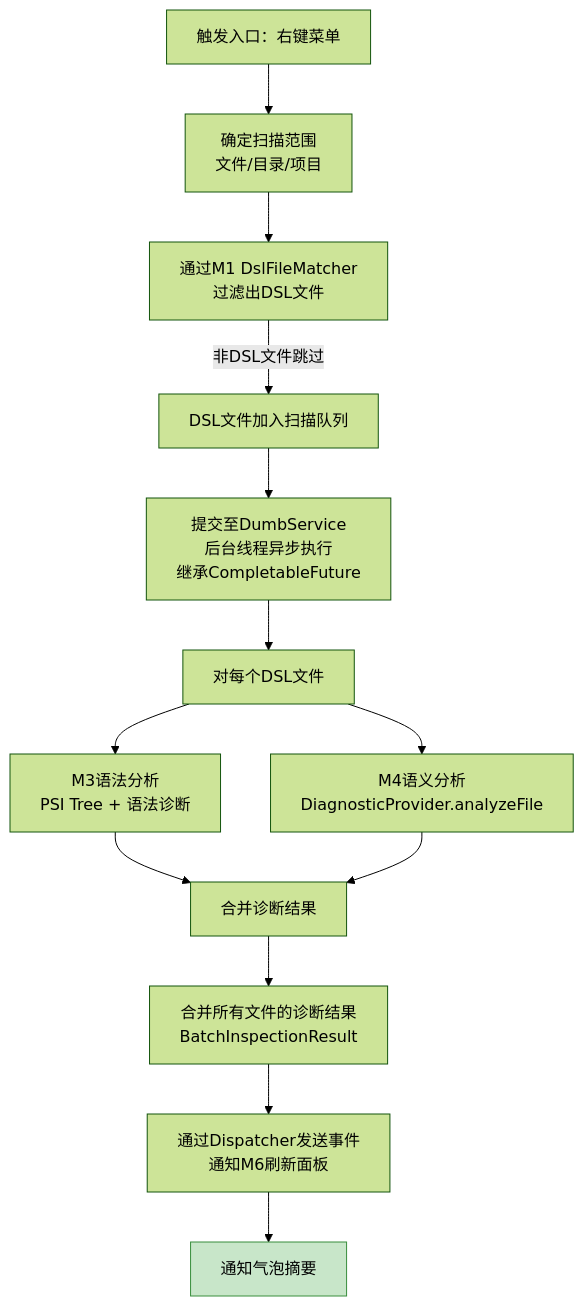
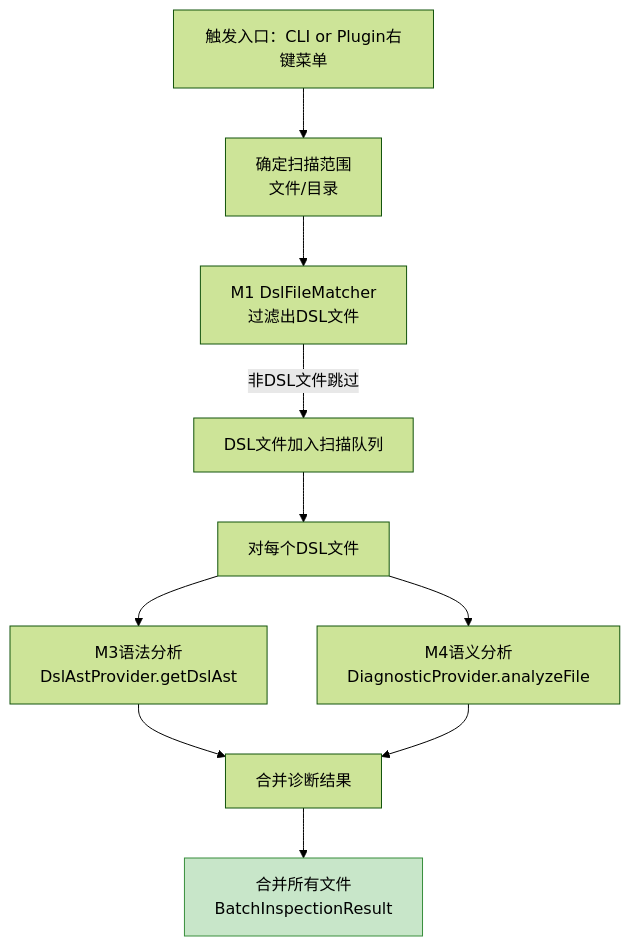
One commit to araragi-koyomin/theme-engine-dsl-static-analyzer changed the diagram in docs/architecture/M7-BatchInspection.md. Above: the diagram before and after it, drawn with Mermaid (forest theme). The commit also changed other lines of this file, not shown here.

Commit message:
docs: refactor M7-BatchInspection.md with String interface, CLI entry point, 3 output formats

````diff
--- a/docs/architecture/M7-BatchInspection.md
+++ b/docs/architecture/M7-BatchInspection.md
@@ -33,17 +37,14 @@
 ```mermaid
 flowchart TD
-    Trigger[触发入口：右键菜单] --> Scope[确定扫描范围<br/>文件/目录/项目]
-    Scope --> Filter[通过M1 DslFileMatcher<br/>过滤出DSL文件]
+    Trigger[触发入口：CLI or Plugin右键菜单] --> Scope[确定扫描范围<br/>文件/目录]
+    Scope --> Filter[M1 DslFileMatcher<br/>过滤出DSL文件]
     Filter --> |非DSL文件跳过| Queue[DSL文件加入扫描队列]
-    Queue --> Async[提交至DumbService<br/>后台线程异步执行<br/>继承CompletableFuture]
-    Async --> PerFile[对每个DSL文件]
-    PerFile --> M3Run[M3语法分析<br/>PSI Tree + 语法诊断]
+    Queue --> PerFile[对每个DSL文件]
+    PerFile --> M3Run[M3语法分析<br/>DslAstProvider.getDslAst]
     PerFile --> M4Run[M4语义分析<br/>DiagnosticProvider.analyzeFile]
     M3Run --> MergePer[合并诊断结果]
     M4Run --> MergePer
-    MergePer --> MergeAll[合并所有文件的诊断结果<br/>BatchInspectionResult]
-    MergeAll --> Dispatcher[通过Dispatcher发送事件<br/>通知M6刷新面板]
-    Dispatcher --> Notify[通知气泡摘要]
+    MergePer --> MergeAll[合并所有文件<br/>BatchInspectionResult]
 
-    style Notify fill:#c8e6c9,stroke:#388e3c
+    style MergeAll fill:#c8e6c9,stroke:#388e3c
 ```
````
